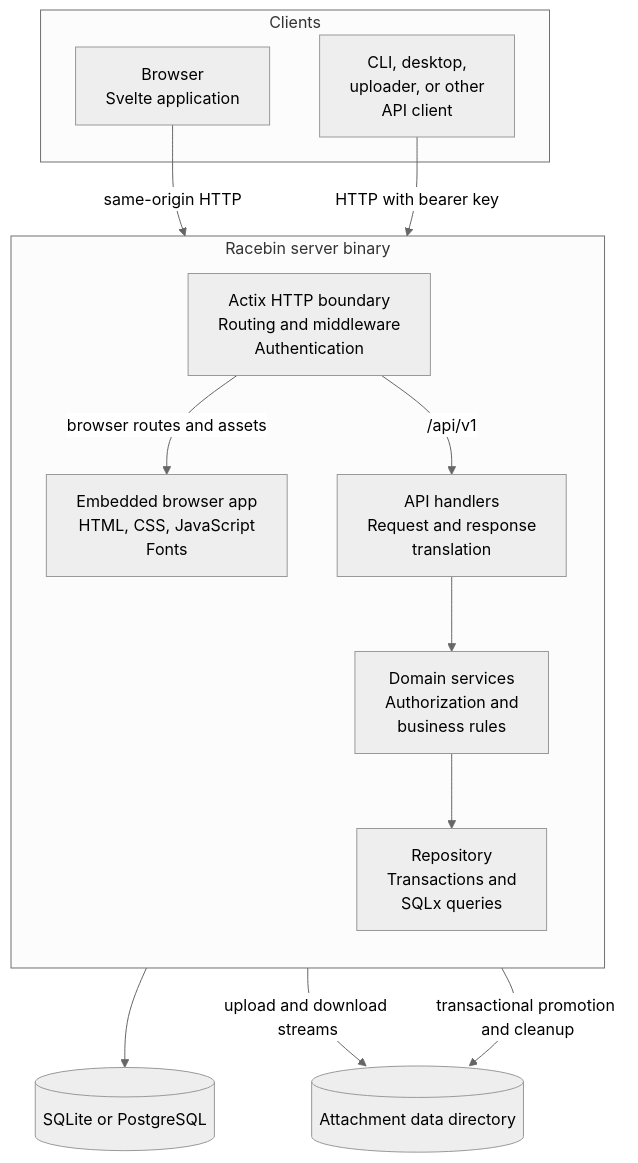
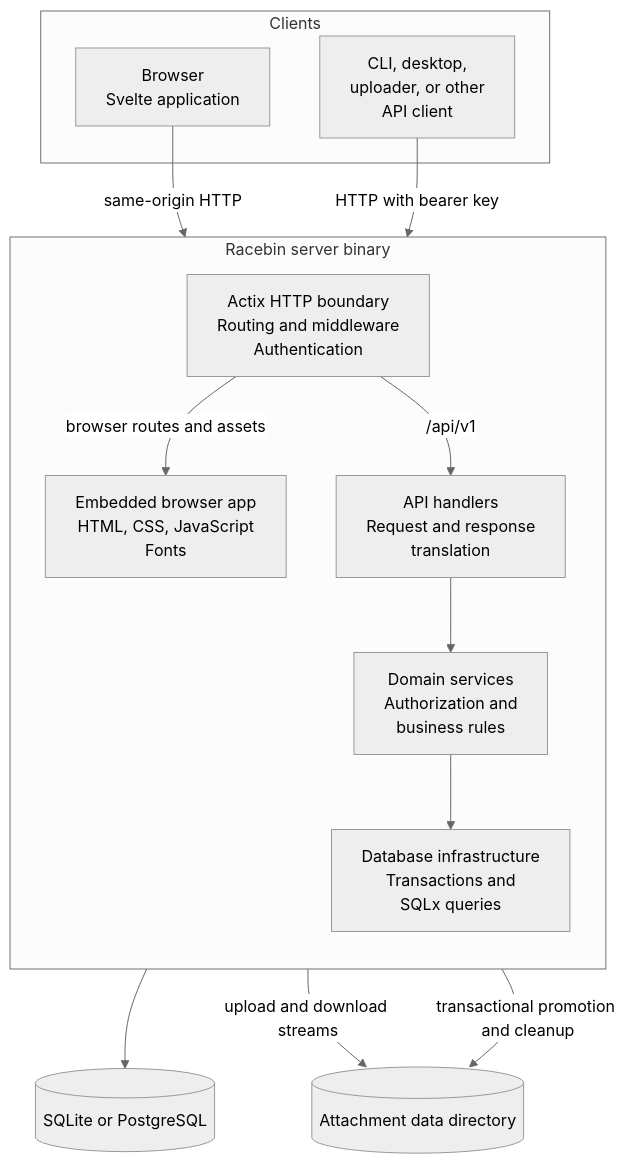
One commit to ostrich/racebin changed the first of 2 diagrams in docs/architecture.md. Above: the diagram before and after it, drawn with Mermaid (neutral theme). The commit also changed other lines of this file and 3 other files, not shown here.

Commit message:
Align route naming and architecture documentation

````diff
--- a/docs/architecture.md
+++ b/docs/architecture.md
@@ -27,30 +27,30 @@
 ```mermaid
 flowchart TB
     subgraph Clients
         Browser["Browser<br/>Svelte application"]
         Client["CLI, desktop,<br/>uploader, or other<br/>API client"]
     end
 
     subgraph Binary["Racebin server binary"]
         direction TB
         Boundary["Actix HTTP boundary<br/>Routing and middleware<br/>Authentication"]
         Assets["Embedded browser app<br/>HTML, CSS, JavaScript<br/>Fonts"]
         Handlers["API handlers<br/>Request and response<br/>translation"]
         Domain["Domain services<br/>Authorization and<br/>business rules"]
-        Repository["Repository<br/>Transactions and<br/>SQLx queries"]
+        Persistence["Database infrastructure<br/>Transactions and<br/>SQLx queries"]
 
         Boundary -->|browser routes and assets| Assets
         Boundary -->|/api/v1| Handlers
         Handlers --> Domain
-        Domain --> Repository
+        Domain --> Persistence
     end
 
     Database[("SQLite or PostgreSQL")]
     Files[("Attachment data directory")]
 
     Browser -->|same-origin HTTP| Boundary
     Client -->|HTTP with bearer key| Boundary
-    Repository --> Database
+    Persistence --> Database
     Handlers -->|upload and download streams| Files
     Domain -->|transactional promotion and cleanup| Files
 ```
````
